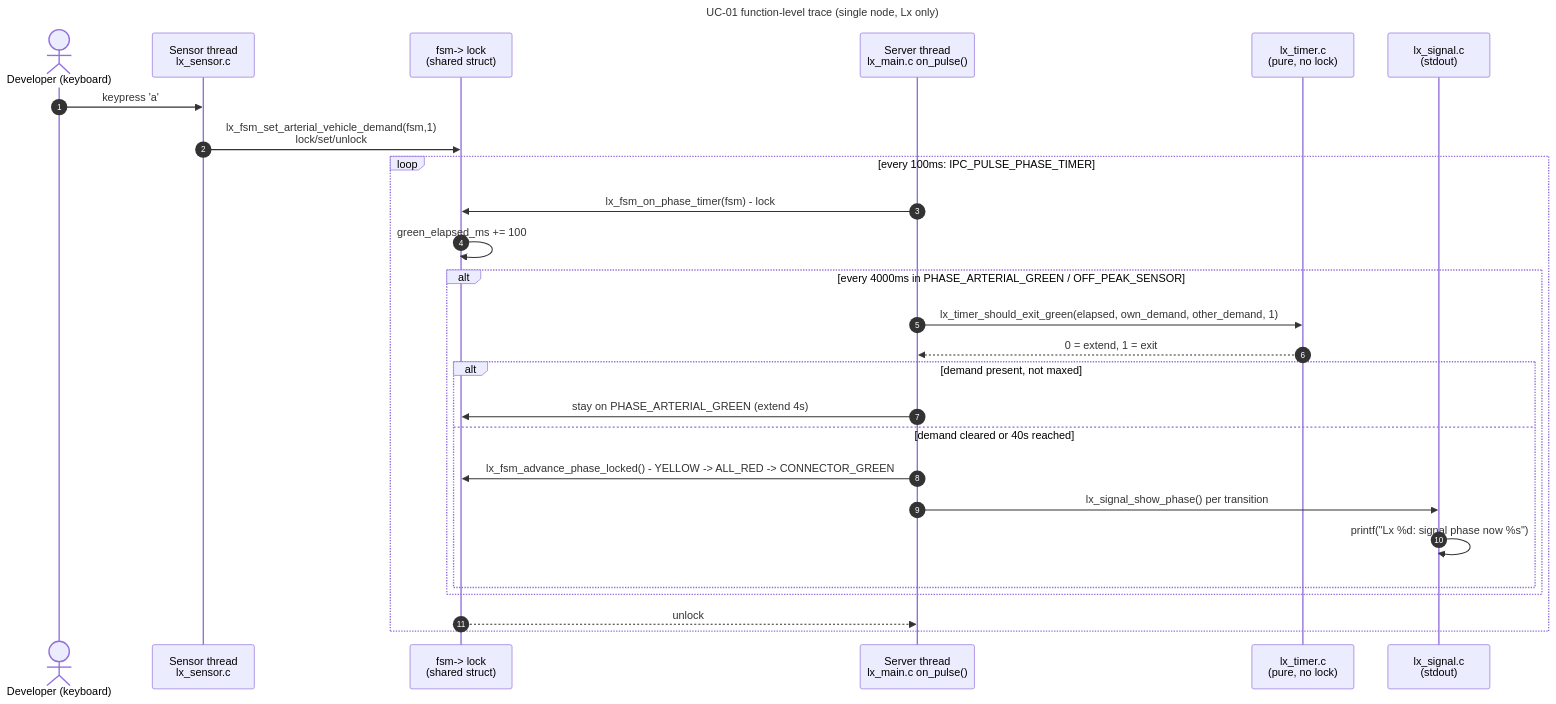
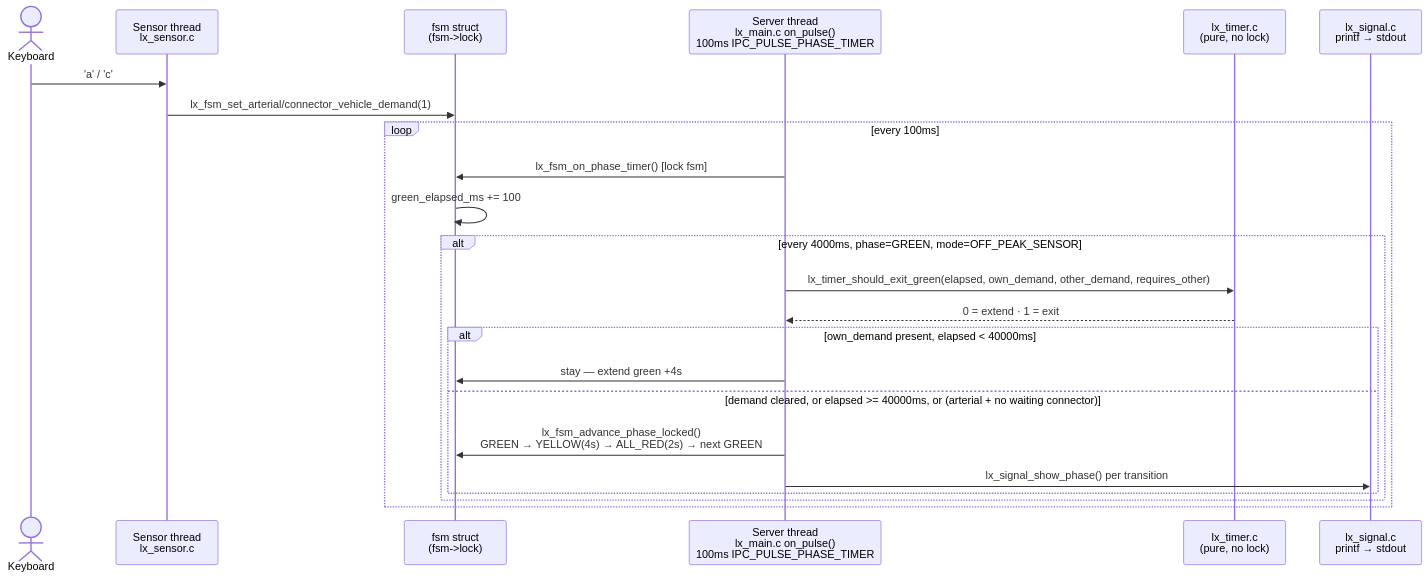
The diagram in docs/flow-diagrams/UC-01-serve-vehicle-demand.md (lucietran03/traffic-control-system), drawn with Mermaid before and after one commit. The commit also changed other lines of this file and 22 other files, not shown here.

First line of the commit message:
Restyle flow-diagram docs: diagram-first, minimal prose

````diff
--- a/docs/flow-diagrams/UC-01-serve-vehicle-demand.md
+++ b/docs/flow-diagrams/UC-01-serve-vehicle-demand.md
@@ -183,36 +7,27 @@
 ```mermaid
----
-title: UC-01 function-level trace (single node, Lx only)
----
 sequenceDiagram
-    accTitle: UC-01 Serve Vehicle Demand, function call trace
-    accDescr: A keypress on the sensor thread sets a demand flag under fsm-lock; the server thread's 100ms phase timer reads it, decides via lx_timer_should_exit_green, advances the FSM, and lx_signal.c prints the resulting phase.
-    autonumber
+    actor Kbd as Keyboard
+    participant Sensor as Sensor thread<br/>lx_sensor.c
+    participant State as fsm struct<br/>(fsm->lock)
+    participant Server as Server thread<br/>lx_main.c on_pulse()<br/>100ms IPC_PULSE_PHASE_TIMER
+    participant Timer as lx_timer.c<br/>(pure, no lock)
+    participant Signal as lx_signal.c<br/>printf → stdout
 
-    actor Dev as Developer (keyboard)
-    participant SensorT as Sensor thread<br/>lx_sensor.c
-    participant FSM as fsm-> lock<br/>(shared struct)
-    participant ServerT as Server thread<br/>lx_main.c on_pulse()
-    participant Timer as lx_timer.c<br/>(pure, no lock)
-    participant Sig as lx_signal.c<br/>(stdout)
+    Kbd->>Sensor: 'a' / 'c'
+    Sensor->>State: lx_fsm_set_arterial/connector_vehicle_demand(1)
 
-    Dev->>SensorT: keypress 'a'
-    SensorT->>FSM: lx_fsm_set_arterial_vehicle_demand(fsm,1)<br/>lock/set/unlock
-
-    loop every 100ms: IPC_PULSE_PHASE_TIMER
-        ServerT->>FSM: lx_fsm_on_phase_timer(fsm) - lock
-        FSM->>FSM: green_elapsed_ms += 100
-        alt every 4000ms in PHASE_ARTERIAL_GREEN / OFF_PEAK_SENSOR
-            ServerT->>Timer: lx_timer_should_exit_green(elapsed, own_demand, other_demand, 1)
-            Timer-->>ServerT: 0 = extend, 1 = exit
-            alt demand present, not maxed
-                ServerT->>FSM: stay on PHASE_ARTERIAL_GREEN (extend 4s)
-            else demand cleared or 40s reached
-                ServerT->>FSM: lx_fsm_advance_phase_locked() - YELLOW -> ALL_RED -> CONNECTOR_GREEN
-                ServerT->>Sig: lx_signal_show_phase() per transition
-                Sig->>Sig: printf("Lx %d: signal phase now %s")
+    loop every 100ms
+        Server->>State: lx_fsm_on_phase_timer() [lock fsm]
+        State->>State: green_elapsed_ms += 100
+        alt every 4000ms, phase=GREEN, mode=OFF_PEAK_SENSOR
+            Server->>Timer: lx_timer_should_exit_green(elapsed, own_demand, other_demand, requires_other)
+            Timer-->>Server: 0 = extend · 1 = exit
+            alt own_demand present, elapsed < 40000ms
+                Server->>State: stay — extend green +4s
+            else demand cleared, or elapsed >= 40000ms, or (arterial + no waiting connector)
+                Server->>State: lx_fsm_advance_phase_locked()<br/>GREEN → YELLOW(4s) → ALL_RED(2s) → next GREEN
+                Server->>Signal: lx_signal_show_phase() per transition
             end
         end
-        FSM-->>ServerT: unlock
     end
 ```
````
